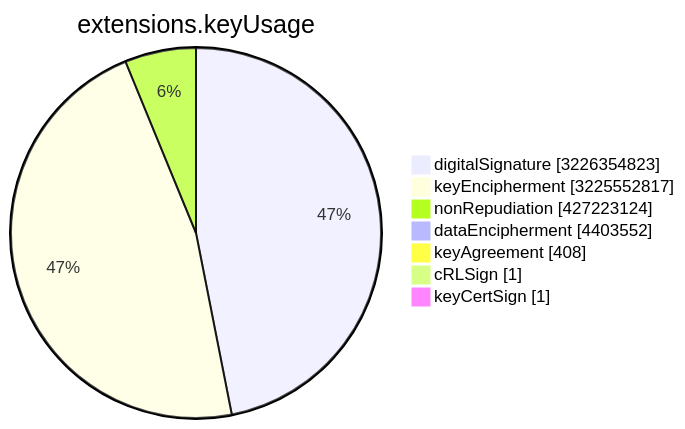
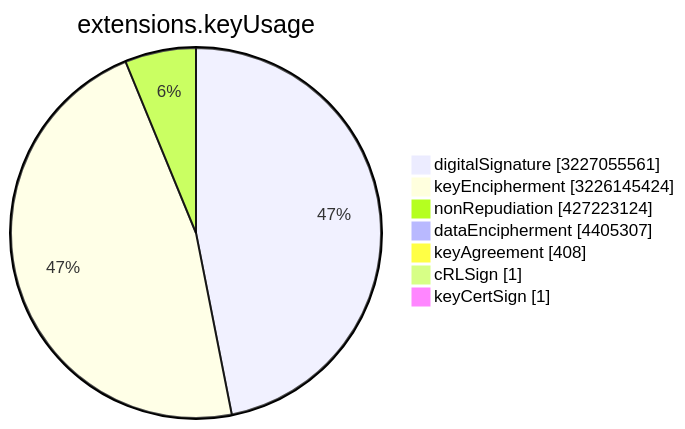
Before and after one commit to christiankrug/ctmonitor_visualization: the sixth of 15 diagrams in TOTAL/README.md, drawn with Mermaid. The commit also changed other lines of this file, not shown here.

````diff
--- a/TOTAL/README.md
+++ b/TOTAL/README.md
@@ -3077,11 +3077,11 @@
 ```mermaid
 pie showData
 title extensions.keyUsage
-"digitalSignature" :3226354823
-"keyEncipherment" :3225552817
+"digitalSignature" :3227055561
+"keyEncipherment" :3226145424
 "nonRepudiation" :427223124
-"dataEncipherment" :4403552
+"dataEncipherment" :4405307
 "keyAgreement" :408
 "cRLSign" :1
 "keyCertSign" :1
 ```
````
